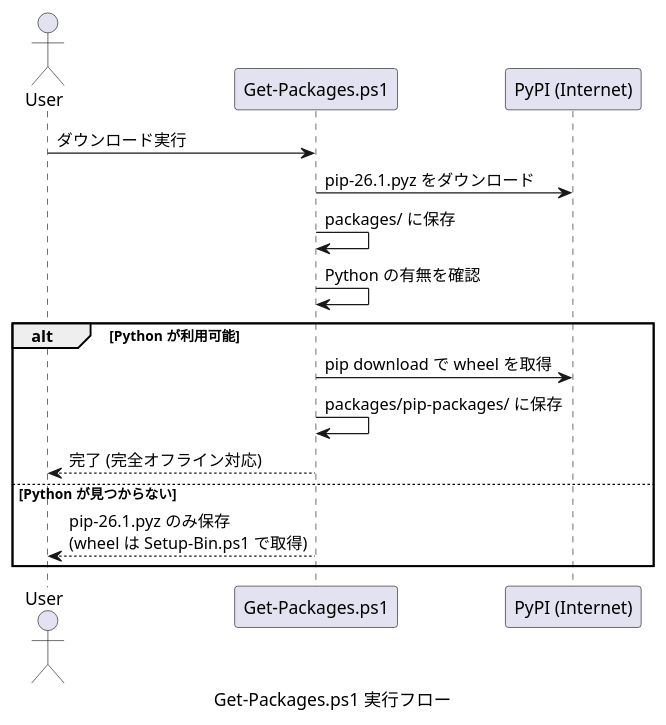
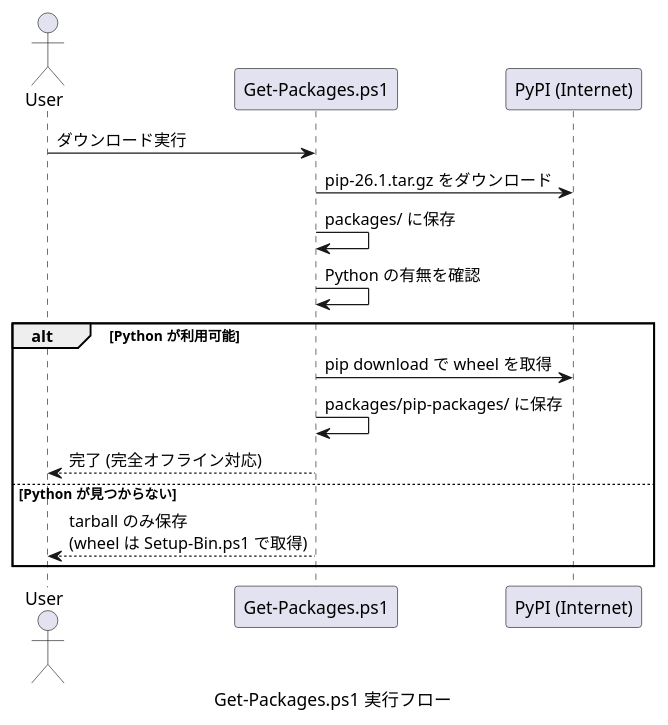
The second of 4 diagrams in docs-src/offline-pip-design.md (Hondarer/devbin-win), drawn with PlantUML before and after one commit. The commit also changed other lines of this file and 6 other files, not shown here.

````diff
--- a/docs-src/offline-pip-design.md
+++ b/docs-src/offline-pip-design.md
@@ -238,22 +97,21 @@
 ```plantuml
 @startuml Get-Packages.ps1 実行フロー
 caption Get-Packages.ps1 実行フロー
 actor User
 participant "Get-Packages.ps1" as GetPkg
 participant "PyPI (Internet)" as PyPI
 
 User -> GetPkg: ダウンロード実行
-GetPkg -> PyPI: pip-26.1.pyz をダウンロード
+GetPkg -> PyPI: pip-26.1.tar.gz をダウンロード
 GetPkg -> GetPkg: packages/ に保存
-
 GetPkg -> GetPkg: Python の有無を確認
 
 alt Python が利用可能
     GetPkg -> PyPI: pip download で wheel を取得
     GetPkg -> GetPkg: packages/pip-packages/ に保存
     GetPkg --> User: 完了 (完全オフライン対応)
 else Python が見つからない
-    GetPkg --> User: pip-26.1.pyz のみ保存\n(wheel は Setup-Bin.ps1 で取得)
+    GetPkg --> User: tarball のみ保存\n(wheel は Setup-Bin.ps1 で取得)
 end
 @enduml
 ```
````
